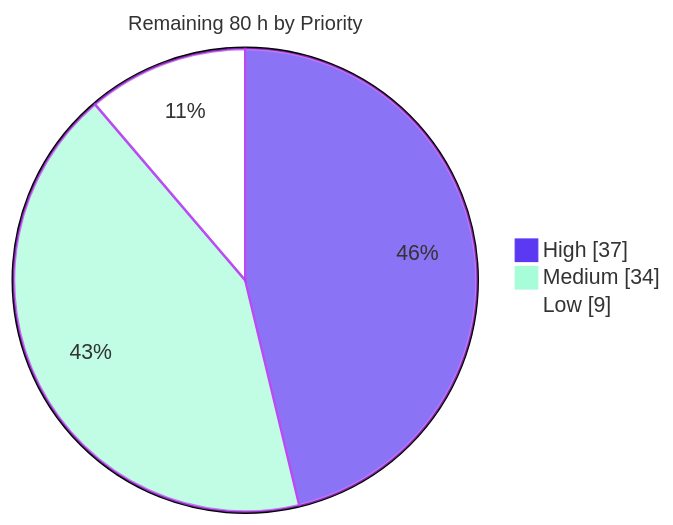
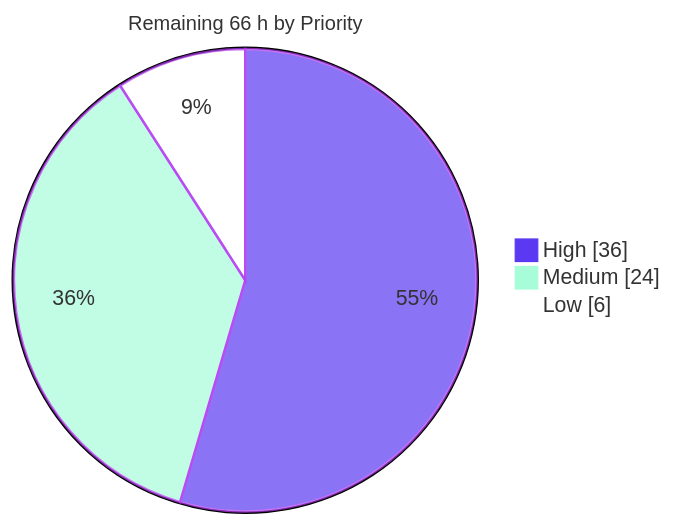
The third of 4 diagrams in blitzy/documentation/Project Guide.md (blitzy-public-samples/freeswitch), drawn with Mermaid before and after one commit. The commit also changed other lines of this file and 31 other files, not shown here.

````diff
--- a/blitzy/documentation/Project Guide.md
+++ b/blitzy/documentation/Project Guide.md
@@ -364,7 +410,7 @@
 ```mermaid
 %%{init: {"theme":"base","themeVariables":{"pie1":"#5B39F3","pie2":"#A8FDD9","pie3":"#FFFFFF","pieStrokeColor":"#B23AF2","pieStrokeWidth":"2px","pieTitleTextSize":"16px"}}}%%
-pie showData title Remaining 80 h by Priority
-    "High" : 37
-    "Medium" : 34
-    "Low" : 9
+pie showData title Remaining 66 h by Priority
+    "High" : 36
+    "Medium" : 24
+    "Low" : 6
 ```
````
